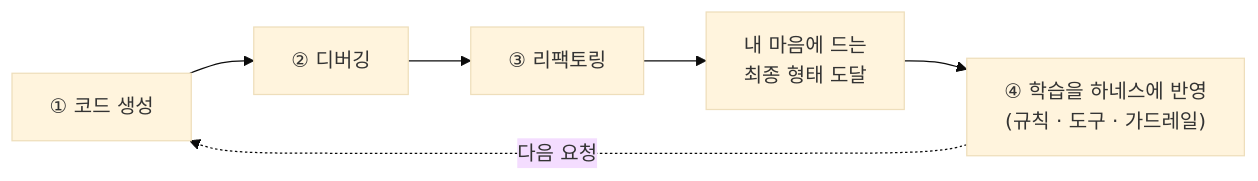
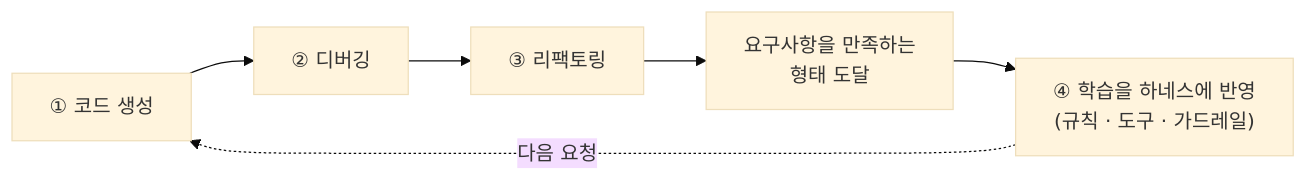
One commit to haandol/haandol.github.com changed the eighth of 9 diagrams in _posts/2026-06-16-harness-engineering-in-practice.md. Above: the diagram before and after it, drawn with Mermaid (base theme). The commit also changed other lines of this file, not shown here.

````diff
--- a/_posts/2026-06-16-harness-engineering-in-practice.md
+++ b/_posts/2026-06-16-harness-engineering-in-practice.md
@@ -432,8 +413,8 @@
 ```mermaid
 flowchart LR
     G["① 코드 생성"] --> D["② 디버깅"]
     D --> R["③ 리팩토링"]
-    R --> OK["내 마음에 드는<br/>최종 형태 도달"]
+    R --> OK["요구사항을 만족하는<br/>형태 도달"]
     OK --> H["④ 학습을 하네스에 반영<br/>(규칙 · 도구 · 가드레일)"]
     H -.다음 요청.-> G
 ```
````
